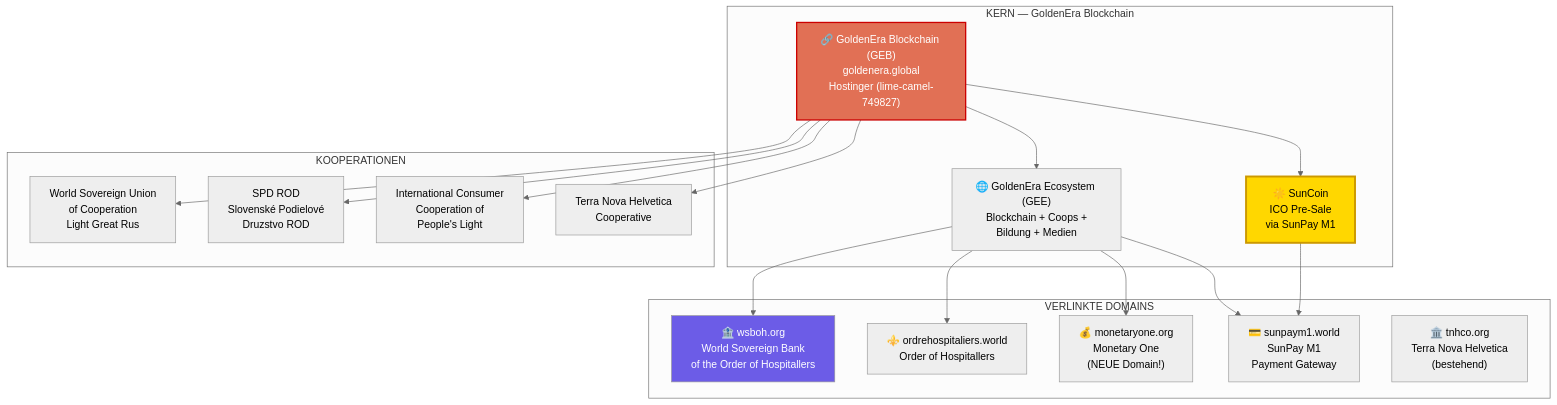
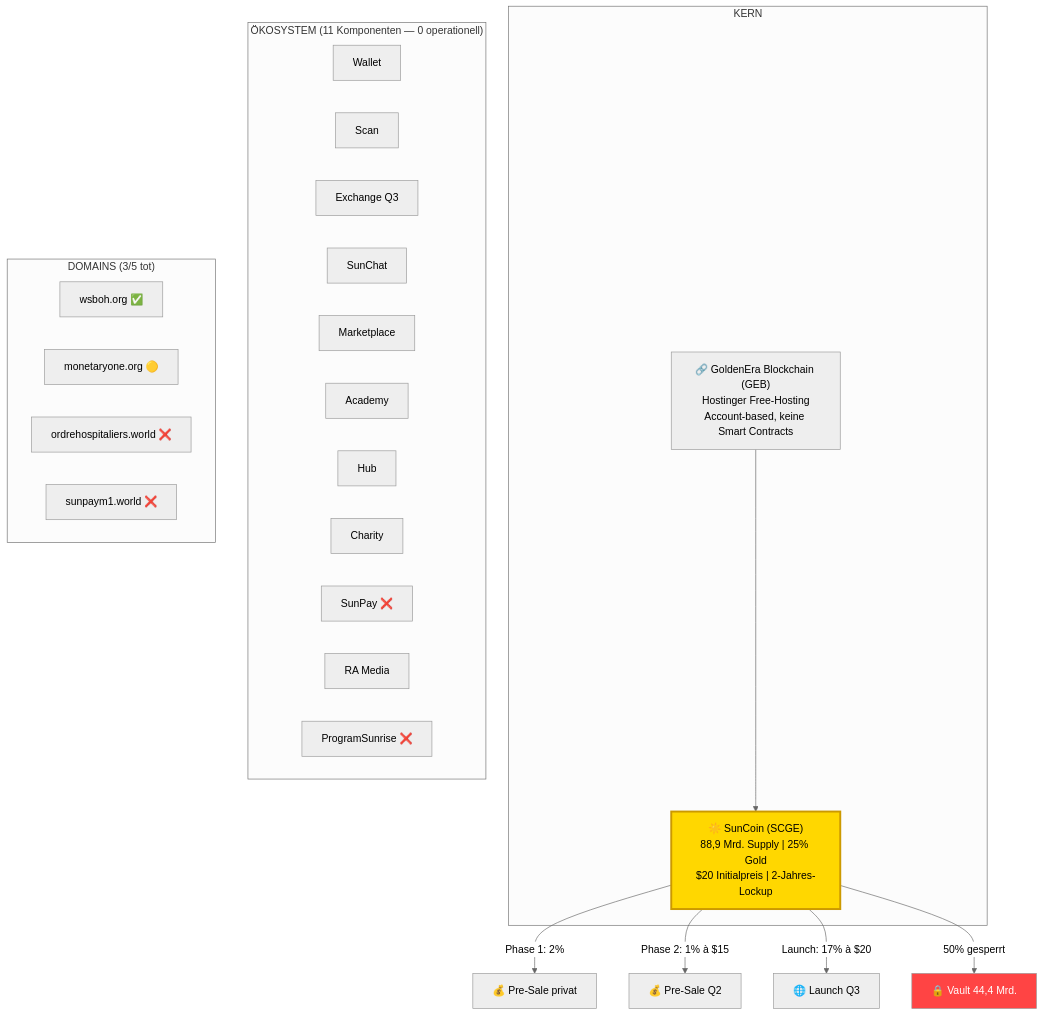
Before and after one commit to researchworldwide2026/tnhco: the first of 2 diagrams in analysen/GOLDENERA_GLOBAL.md, drawn with Mermaid (neutral theme). The commit also changed other lines of this file, not shown here.

First line of the commit message:
docs: merge whitepaper data into comprehensive GOLDENERA_GLOBAL.md analysis

````diff
--- a/analysen/GOLDENERA_GLOBAL.md
+++ b/analysen/GOLDENERA_GLOBAL.md
@@ -18,39 +26,24 @@
 ```mermaid
 graph TB
-    subgraph "KERN — GoldenEra Blockchain"
-        GEB["🔗 GoldenEra Blockchain (GEB)<br/>goldenera.global<br/>Hostinger (lime-camel-749827)"]
-        GEE["🌐 GoldenEra Ecosystem (GEE)<br/>Blockchain + Coops +<br/>Bildung + Medien"]
-        SUNCOIN["☀️ SunCoin<br/>ICO Pre-Sale<br/>via SunPay M1"]
+    subgraph "KERN"
+        GEB["🔗 GoldenEra Blockchain (GEB)<br/>Hostinger Free-Hosting<br/>Account-based, keine Smart Contracts"]
+        SUNCOIN["☀️ SunCoin (SCGE)<br/>88,9 Mrd. Supply | 25% Gold<br/>$20 Initialpreis | 2-Jahres-Lockup"]
     end
-
-    subgraph "VERLINKTE DOMAINS"
-        WSBOH["🏦 wsboh.org<br/>World Sovereign Bank<br/>of the Order of Hospitallers"]
-        ORDER["⚜️ ordrehospitaliers.world<br/>Order of Hospitallers"]
-        M1_ORG["💰 monetaryone.org<br/>Monetary One<br/>(NEUE Domain!)"]
-        SUNPAY["💳 sunpaym1.world<br/>SunPay M1<br/>Payment Gateway"]
-        TNHCO_ORG["🏛️ tnhco.org<br/>Terra Nova Helvetica<br/>(bestehend)"]
+    subgraph "ÖKOSYSTEM (11 Komponenten — 0 operationell)"
+        GEW["Wallet"]; GES["Scan"]; GEX["Exchange Q3"]
+        SCH["SunChat"]; GEM["Marketplace"]; GEA["Academy"]
+        GEIH["Hub"]; GEC["Charity"]; SUNPAY["SunPay ❌"]
+        RAM["RA Media"]; PROGSUN["ProgramSunrise ❌"]
     end
-
-    subgraph "KOOPERATIONEN"
-        LIGHT_RUS["World Sovereign Union<br/>of Cooperation<br/>Light Great Rus"]
-        SPD_ROD["SPD ROD<br/>Slovenské Podielové<br/>Druzstvo ROD"]
-        PEOPLE_LIGHT["International Consumer<br/>Cooperation of<br/>People's Light"]
-        TNHCO["Terra Nova Helvetica<br/>Cooperative"]
+    subgraph "DOMAINS (3/5 tot)"
+        WSBOH["wsboh.org ✅"]; M1ORG["monetaryone.org 🟡"]
+        ORDER["ordrehospitaliers.world ❌"]; SUNPAYD["sunpaym1.world ❌"]
     end
-
-    GEB --> GEE
     GEB --> SUNCOIN
-    SUNCOIN --> SUNPAY
-    GEE --> WSBOH
-    GEE --> ORDER
-    GEE --> M1_ORG
-    GEE --> SUNPAY
-    GEB --> LIGHT_RUS
-    GEB --> SPD_ROD
-    GEB --> PEOPLE_LIGHT
-    GEB --> TNHCO
-
+    SUNCOIN -->|"Phase 1: 2%"| PRESALE1["💰 Pre-Sale privat"]
+    SUNCOIN -->|"Phase 2: 1% à $15"| PRESALE2["💰 Pre-Sale Q2"]
+    SUNCOIN -->|"Launch: 17% à $20"| PUBLIC["🌐 Launch Q3"]
+    SUNCOIN -->|"50% gesperrt"| VAULT["🔒 Vault 44,4 Mrd."]
     style SUNCOIN fill:#ffd700,color:#000,stroke:#cc9900,stroke-width:3px
-    style GEB fill:#e17055,color:#fff,stroke:#cc0000,stroke-width:2px
-    style WSBOH fill:#6c5ce7,color:#fff
+    style VAULT fill:#ff4444,color:#fff
 ```
````
